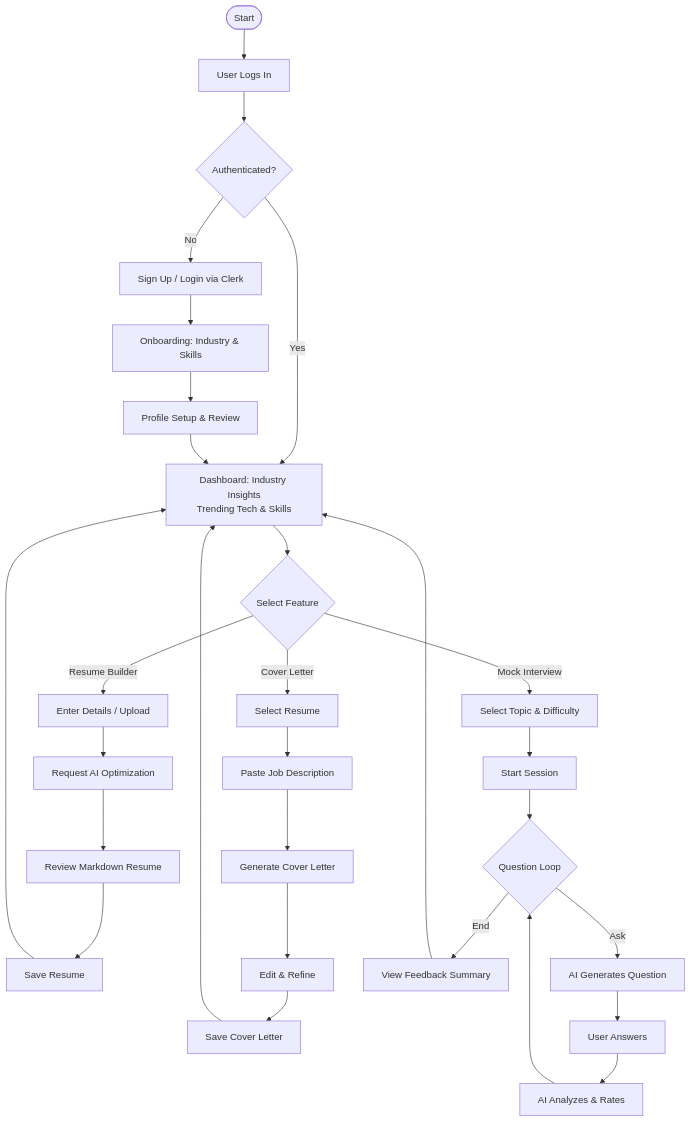
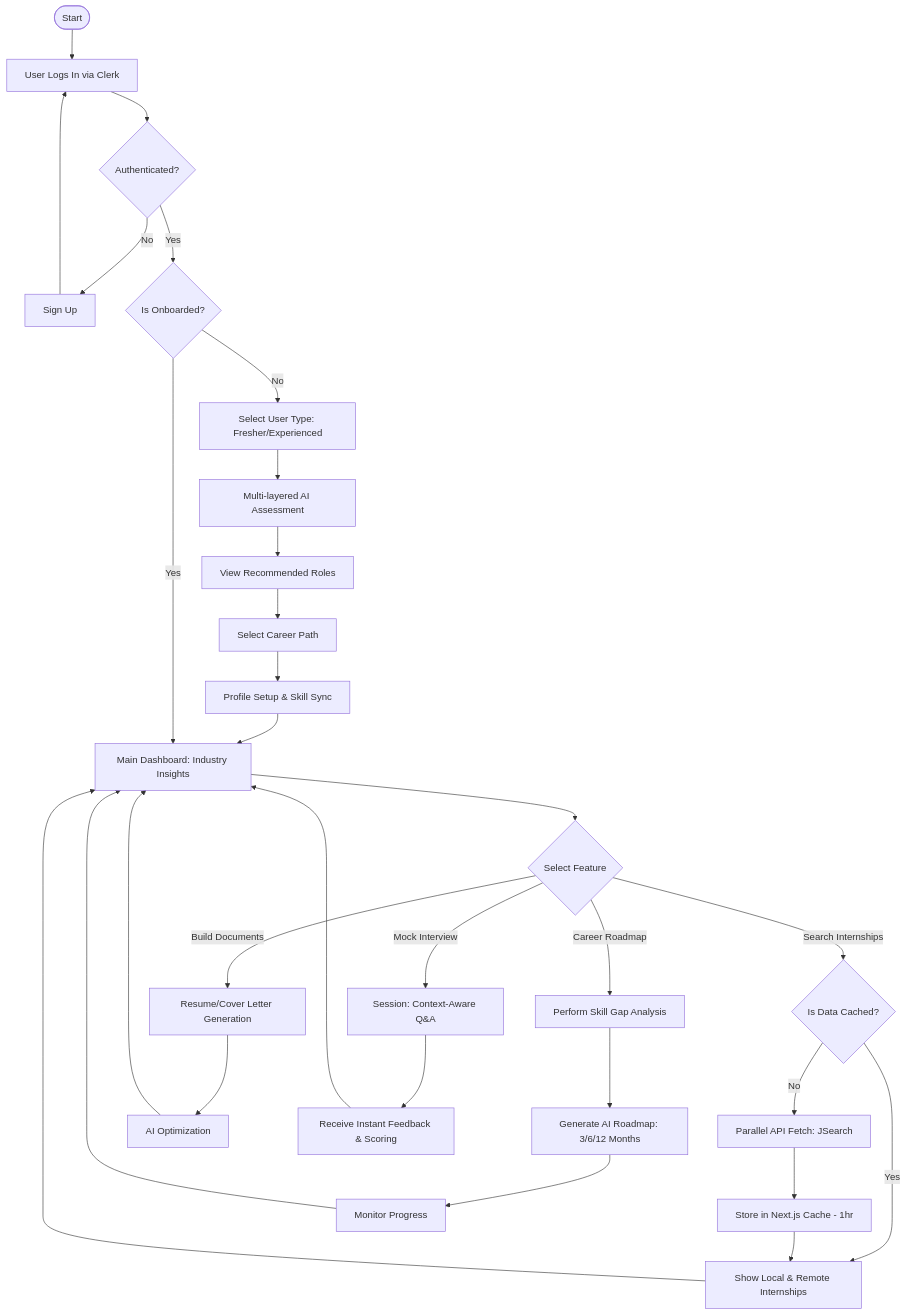
One commit to MohammedFawzaan/AI-Career-Pilot changed the second of 5 diagrams in docs/UML_Diagrams.md. Above: the diagram before and after it, drawn with Mermaid. The commit also changed other lines of this file and 8 other files, not shown here.

````diff
--- a/docs/UML_Diagrams.md
+++ b/docs/UML_Diagrams.md
@@ -39,39 +49,44 @@
 ```mermaid
 flowchart TD
-    start([Start]) --> Login[User Logs In]
+    start([Start]) --> Login[User Logs In via Clerk]
     Login --> Auth{Authenticated?}
-    Auth -- No --> SignUp[Sign Up / Login via Clerk]
-    SignUp --> Onboard[Onboarding: Industry & Skills]
-    Onboard --> ProfileSetup[Profile Setup & Review]
-    Auth -- Yes --> Dash[Dashboard: Industry Insights<br/>Trending Tech & Skills]
-    ProfileSetup --> Dash
+    Auth -- No --> Signup[Sign Up]
+    Signup --> Login
+    Auth -- Yes --> CheckOnboard{Is Onboarded?}
     
-    Dash --> Choice{Select Feature}
+    CheckOnboard -- No --> SelectType[Select User Type: Fresher/Experienced]
+    SelectType --> QualAssess[Multi-layered AI Assessment]
+    QualAssess --> Results[View Recommended Roles]
+    Results --> PathSel[Select Career Path]
+    PathSel --> ProfileSetup[Profile Setup & Skill Sync]
+    ProfileSetup --> Dashboard
     
-    %% Resume Path
-    Choice -- Resume Builder --> ResForm[Enter Details / Upload]
-    ResForm --> ResAI[Request AI Optimization]
-    ResAI --> CheckRes[Review Markdown Resume]
-    CheckRes --> SaveRes[Save Resume]
+    CheckOnboard -- Yes --> Dashboard[Main Dashboard: Industry Insights]
     
-    %% Cover Letter Path
-    Choice -- Cover Letter --> SelRes[Select Resume]
-    SelRes --> PasteJD[Paste Job Description]
-    PasteJD --> GenCL[Generate Cover Letter]
-    GenCL --> EditCL[Edit & Refine]
-    EditCL --> SaveCL[Save Cover Letter]
+    Dashboard --> Features{Select Feature}
+    
+    %% Internship Path
+    Features -- Search Internships --> CacheCheck{Is Data Cached?}
+    CacheCheck -- Yes --> ShowJobs[Show Local & Remote Internships]
+    CacheCheck -- No --> APIFetch[Parallel API Fetch: JSearch]
+    APIFetch --> StoreCache[Store in Next.js Cache - 1hr]
+    StoreCache --> ShowJobs
+    
+    %% Roadmap Path
+    Features -- Career Roadmap --> GapAnalysis[Perform Skill Gap Analysis]
+    GapAnalysis --> GenRoadmap[Generate AI Roadmap: 3/6/12 Months]
+     GenRoadmap --> MarkProgress[Monitor Progress]
+    
+    %% Resume/CL Path
+    Features -- Build Documents --> DocGen[Resume/Cover Letter Generation]
+    DocGen --> AIEdit[AI Optimization]
     
     %% Interview Path
-    Choice -- Mock Interview --> ConfigInt[Select Topic & Difficulty]
-    ConfigInt --> StartInt[Start Session]
-    StartInt --> QLoop{Question Loop}
-    QLoop -- Ask --> GenQ[AI Generates Question]
-    GenQ --> UserAns[User Answers]
-    UserAns --> Analy[AI Analyzes & Rates]
-    Analy --> QLoop
-    QLoop -- End --> Summ[View Feedback Summary]
+    Features -- Mock Interview --> IntSess[Session: Context-Aware Q&A]
+    IntSess --> AIFeedback[Receive Instant Feedback & Scoring]
     
-    SaveRes --> Dash
-    SaveCL --> Dash
-    Summ --> Dash
+    ShowJobs --> Dashboard
+    MarkProgress --> Dashboard
+    AIEdit --> Dashboard
+    AIFeedback --> Dashboard
 ```
````
